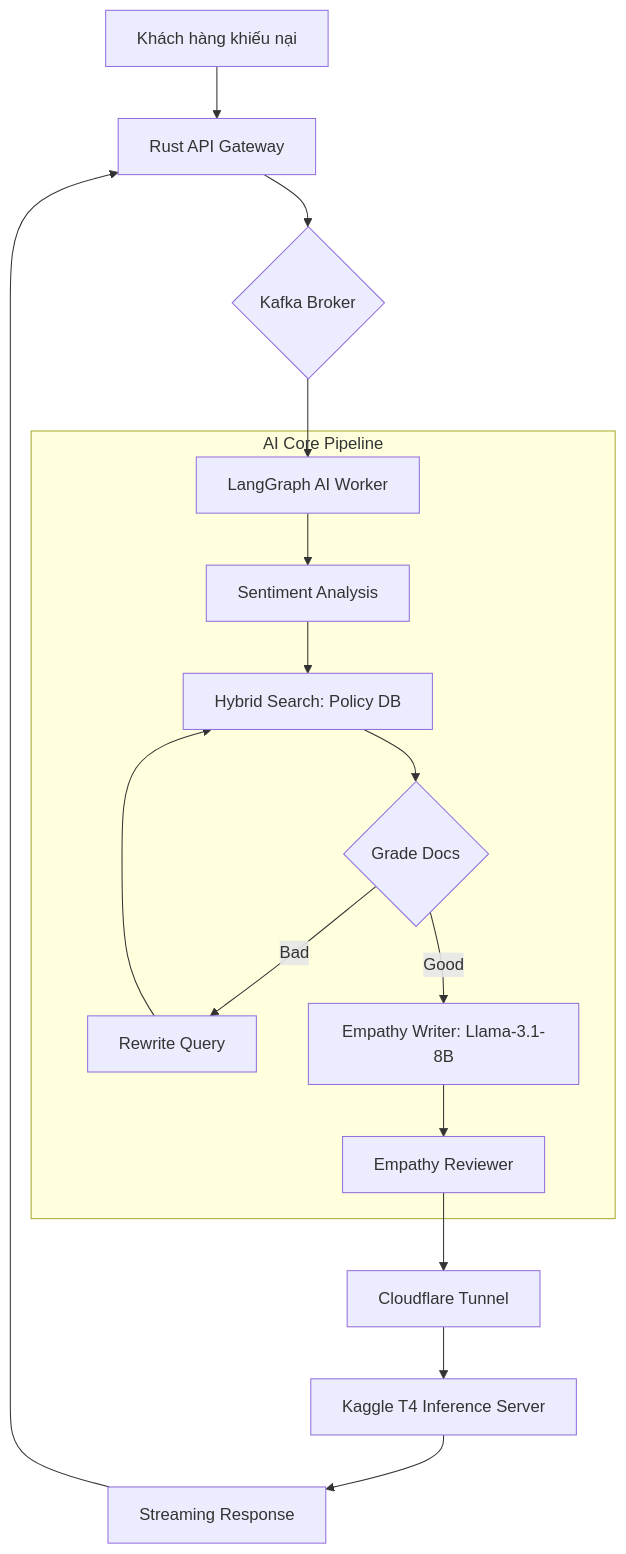
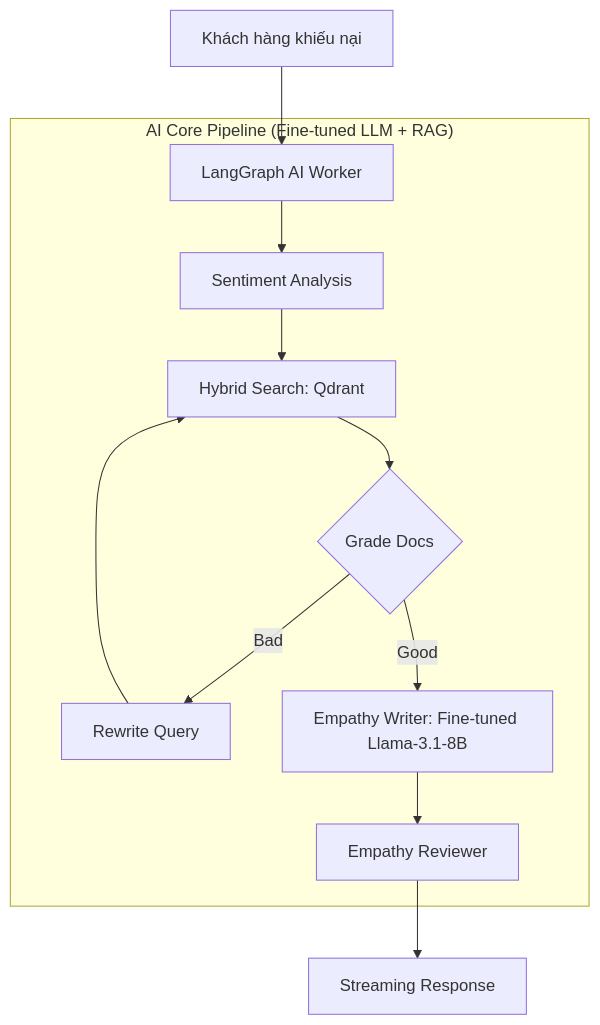
One commit to Thanh281105/empath_AI changed the diagram in README.md. Above: the diagram before and after it, drawn with Mermaid. The commit also changed other lines of this file and 2096 other files, not shown here.

Commit message:
Change, improve, expand data ,refactor architecture, add some model to compare

````diff
--- a/README.md
+++ b/README.md
@@ -23,21 +22,16 @@
 ```mermaid
 graph TD
-    A[Khách hàng khiếu nại] --> B[Rust API Gateway]
-    B --> C{Kafka Broker}
-    C --> D[LangGraph AI Worker]
+    A[Khách hàng khiếu nại] --> B[LangGraph AI Worker]
     
-    subgraph "AI Core Pipeline"
-        D --> E[Sentiment Analysis]
-        E --> F[Hybrid Search: Policy DB]
-        F --> G{Grade Docs}
-        G -->|Bad| H[Rewrite Query]
-        H --> F
-        G -->|Good| I[Empathy Writer: Llama-3.1-8B]
-        I --> J[Empathy Reviewer]
+    subgraph "AI Core Pipeline (Fine-tuned LLM + RAG)"
+        B --> C[Sentiment Analysis]
+        C --> D[Hybrid Search: Qdrant]
+        D --> E{Grade Docs}
+        E -->|Bad| F[Rewrite Query]
+        F --> D
+        E -->|Good| G[Empathy Writer: Fine-tuned Llama-3.1-8B]
+        G --> H[Empathy Reviewer]
     end
     
-    J --> K[Cloudflare Tunnel]
-    K --> L[Kaggle T4 Inference Server]
-    L --> M[Streaming Response]
-    M --> B
+    H --> I[Streaming Response]
 ```
````
